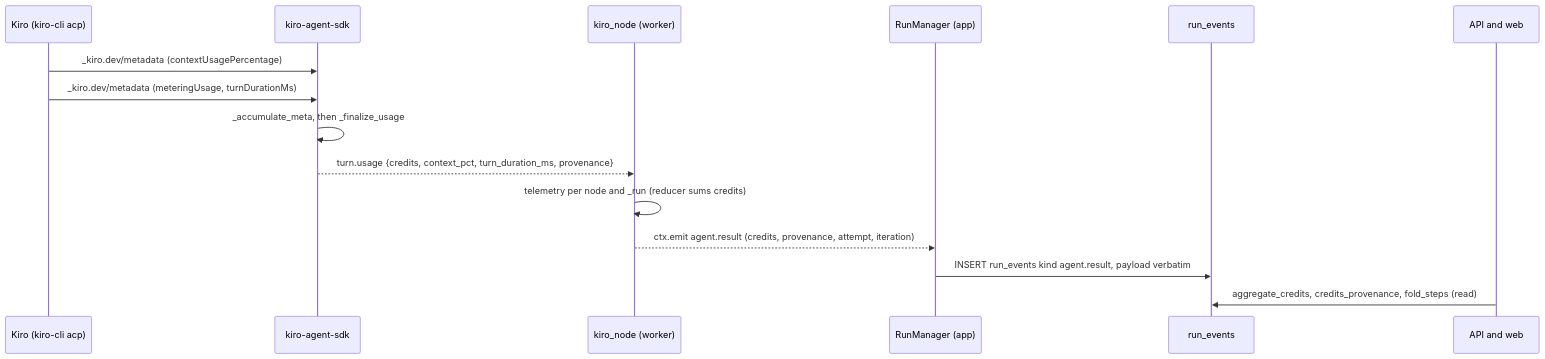
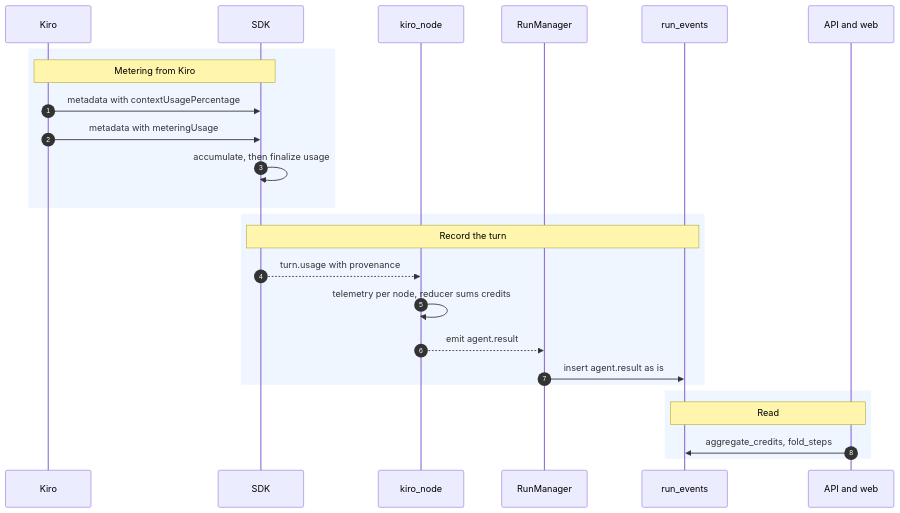
Before and after one commit to ram-020998/project-tracker: the second of 3 diagrams in genesis/architecture/modules/observability-and-credits.md, drawn with Mermaid. The commit also changed other lines of this file and 24 other files, not shown here.

First line of the commit message:
architecture: rewrite all 86 Mermaid diagrams to one C4 style, each render-checked

````diff
--- a/genesis/architecture/modules/observability-and-credits.md
+++ b/genesis/architecture/modules/observability-and-credits.md
@@ -124,17 +119,27 @@
 ```mermaid
 sequenceDiagram
-    participant K as Kiro (kiro-cli acp)
-    participant S as kiro-agent-sdk
-    participant N as kiro_node (worker)
-    participant M as RunManager (app)
+    autonumber
+    participant K as Kiro
+    participant S as SDK
+    participant N as kiro_node
+    participant M as RunManager
     participant D as run_events
     participant A as API and web
-    K->>S: _kiro.dev/metadata (contextUsagePercentage)
-    K->>S: _kiro.dev/metadata (meteringUsage, turnDurationMs)
-    S->>S: _accumulate_meta, then _finalize_usage
-    S-->>N: turn.usage {credits, context_pct, turn_duration_ms, provenance}
-    N->>N: telemetry per node and _run (reducer sums credits)
-    N-->>M: ctx.emit agent.result (credits, provenance, attempt, iteration)
-    M->>D: INSERT run_events kind agent.result, payload verbatim
-    A->>D: aggregate_credits, credits_provenance, fold_steps (read)
+    rect rgb(240, 246, 255)
+        Note over K,S: Metering from Kiro
+        K->>S: metadata with contextUsagePercentage
+        K->>S: metadata with meteringUsage
+        S->>S: accumulate, then finalize usage
+    end
+    rect rgb(240, 246, 255)
+        Note over S,D: Record the turn
+        S-->>N: turn.usage with provenance
+        N->>N: telemetry per node, reducer sums credits
+        N-->>M: emit agent.result
+        M->>D: insert agent.result as is
+    end
+    rect rgb(240, 246, 255)
+        Note over D,A: Read
+        A->>D: aggregate_credits, fold_steps
+    end
 ```
````
